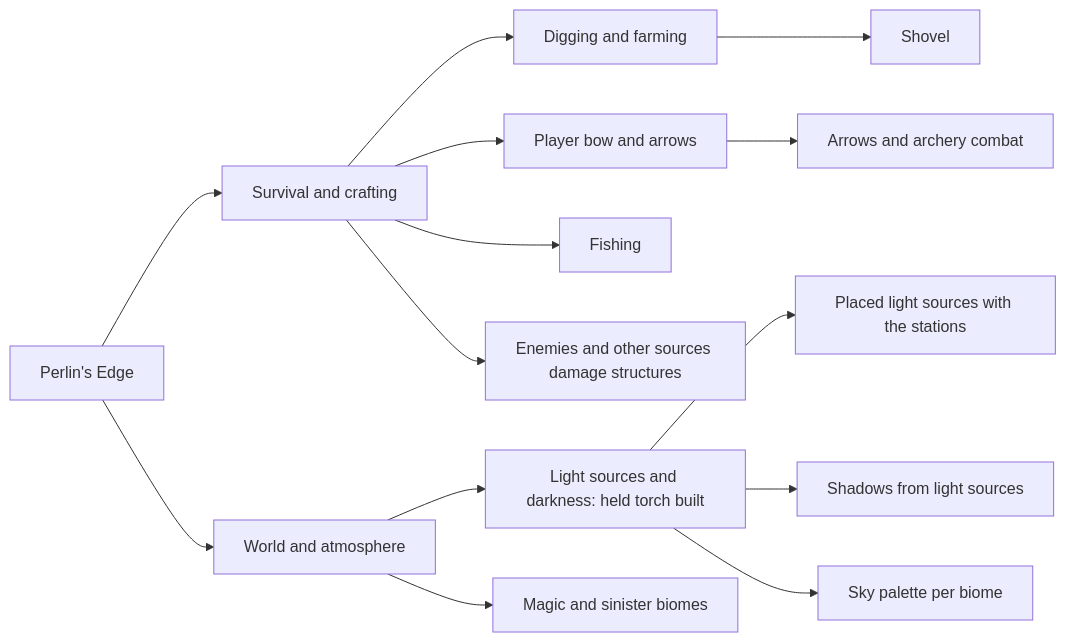
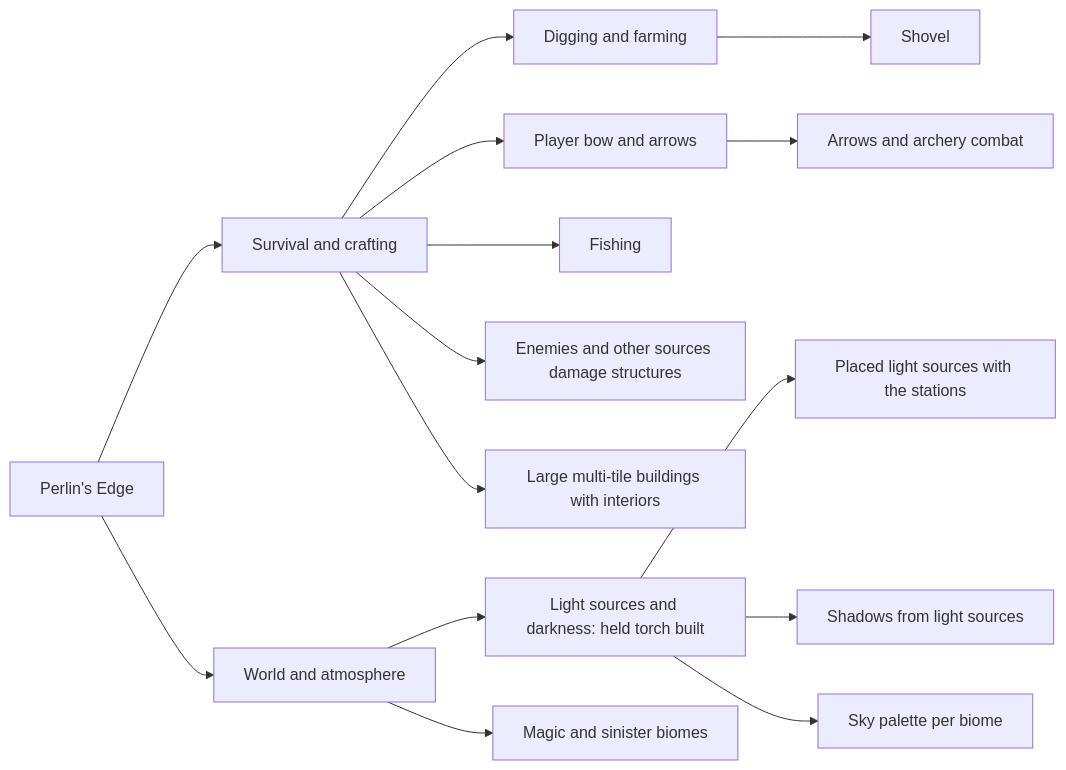
One commit to kfeuerschvenger/perlinsedge changed the diagram in docs/ROADMAP.md. Above: the diagram before and after it, drawn with Mermaid. The commit also changed other lines of this file and 30 other files, not shown here.

Commit message:
refactor: remove the wall and the door and note large buildings with interiors in the roadmap

````diff
--- a/docs/ROADMAP.md
+++ b/docs/ROADMAP.md
@@ -5,16 +5,17 @@
 ```mermaid
 flowchart LR
     game[Perlin's Edge] --> survival[Survival and crafting]
     game --> world[World and atmosphere]
     survival --> digging[Digging and farming]
     survival --> bow[Player bow and arrows]
     survival --> fishing[Fishing]
     survival --> structures[Enemies and other sources damage structures]
+    survival --> large[Large multi-tile buildings with interiors]
     world --> lighting[Light sources and darkness: held torch built]
     world --> biomes[Magic and sinister biomes]
     digging --> shovel[Shovel]
     bow --> arrows[Arrows and archery combat]
     lighting --> placed[Placed light sources with the stations]
     lighting --> shadows[Shadows from light sources]
     lighting --> palettes[Sky palette per biome]
 ```
````
